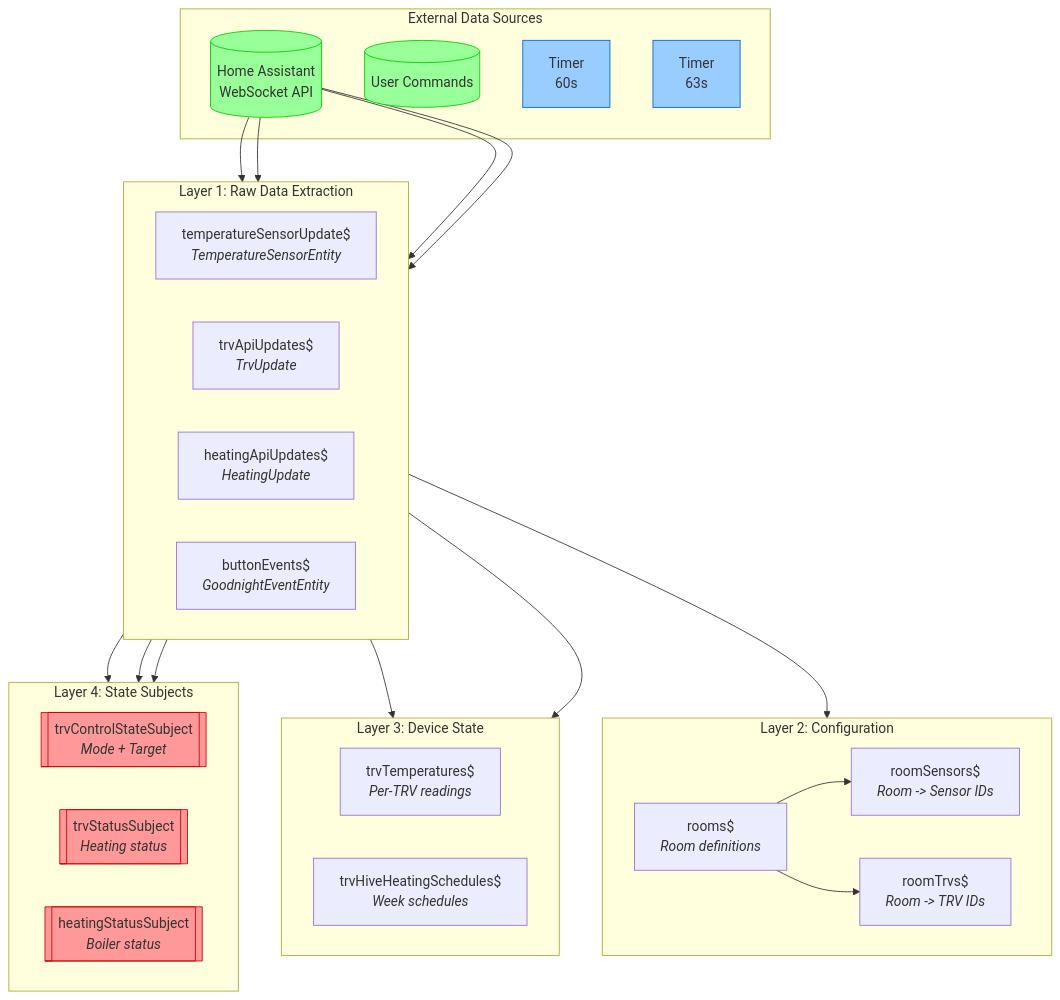
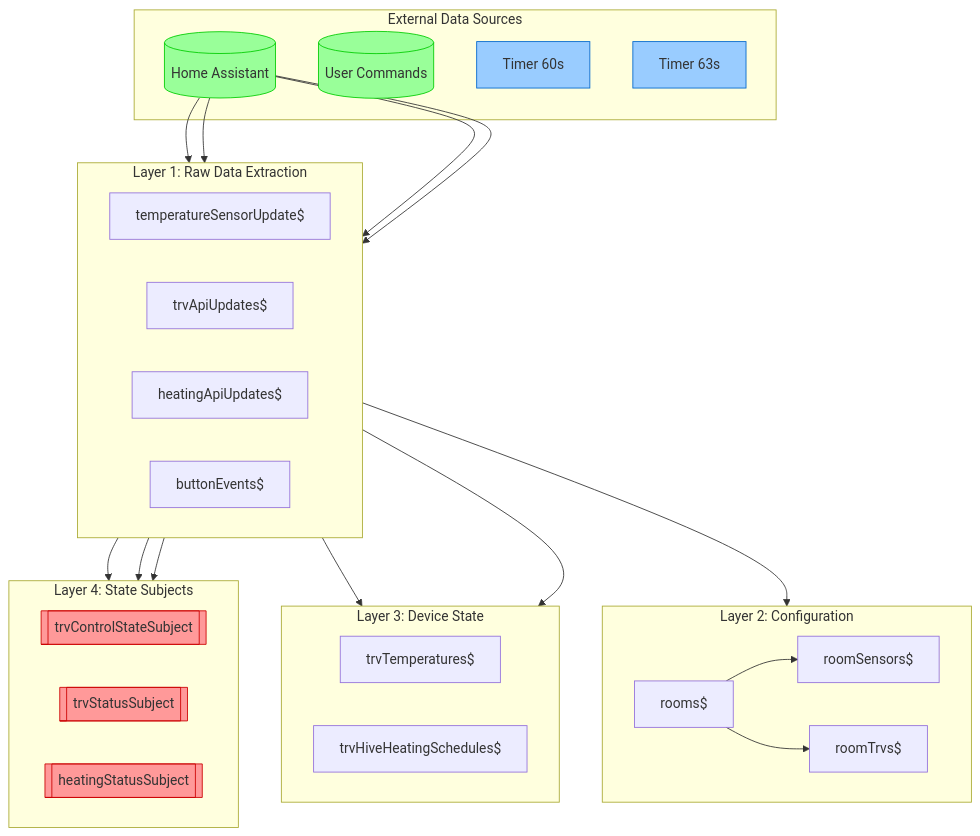
The diagram in packages/deep-heating-rx/docs/data-flow-input.md (GraemeF/home-automation), drawn with Mermaid before and after one commit. The commit also changed 4 other files, not shown here.

First line of the commit message:
fix: simplify mermaid node labels for readability

````diff
--- a/packages/deep-heating-rx/docs/data-flow-input.md
+++ b/packages/deep-heating-rx/docs/data-flow-input.md
@@ -9,68 +9,68 @@
 ```mermaid
 flowchart TB
     subgraph External["External Data Sources"]
-        HA[("Home Assistant\nWebSocket API")]
+        HA[("Home Assistant")]
         User[("User Commands")]
-        Timer60["Timer\n60s"]
-        Timer63["Timer\n63s"]
+        Timer60["Timer 60s"]
+        Timer63["Timer 63s"]
     end
 
     subgraph Layer1["Layer 1: Raw Data Extraction"]
         direction LR
-        TempSensor["temperatureSensorUpdate$\n<i>TemperatureSensorEntity</i>"]
-        TrvApi["trvApiUpdates$\n<i>TrvUpdate</i>"]
-        HeatingApi["heatingApiUpdates$\n<i>HeatingUpdate</i>"]
-        ButtonEvents["buttonEvents$\n<i>GoodnightEventEntity</i>"]
+        TempSensor["temperatureSensorUpdate$"]
+        TrvApi["trvApiUpdates$"]
+        HeatingApi["heatingApiUpdates$"]
+        ButtonEvents["buttonEvents$"]
     end
 
     subgraph Layer2["Layer 2: Configuration"]
         direction LR
-        Rooms["rooms$\n<i>Room definitions</i>"]
-        RoomSensors["roomSensors$\n<i>Room -> Sensor IDs</i>"]
-        RoomTrvs["roomTrvs$\n<i>Room -> TRV IDs</i>"]
+        Rooms["rooms$"]
+        RoomSensors["roomSensors$"]
+        RoomTrvs["roomTrvs$"]
     end
 
     subgraph Layer3["Layer 3: Device State"]
         direction LR
-        TrvTemps["trvTemperatures$\n<i>Per-TRV readings</i>"]
-        TrvSchedules["trvHiveHeatingSchedules$\n<i>Week schedules</i>"]
+        TrvTemps["trvTemperatures$"]
+        TrvSchedules["trvHiveHeatingSchedules$"]
     end
 
     subgraph Layer4["Layer 4: State Subjects"]
         direction LR
-        TrvControl[["trvControlStateSubject\n<i>Mode + Target</i>"]]
-        TrvStatus[["trvStatusSubject\n<i>Heating status</i>"]]
-        HeatingStatus[["heatingStatusSubject\n<i>Boiler status</i>"]]
+        TrvControl[["trvControlStateSubject"]]
+        TrvStatus[["trvStatusSubject"]]
+        HeatingStatus[["heatingStatusSubject"]]
     end
 
     %% External to Layer 1
     HA --> TempSensor
     HA --> TrvApi
     HA --> HeatingApi
     HA --> ButtonEvents
 
     %% Layer 1 to Layer 2
     TrvApi --> Rooms
 
     %% Layer 2 internal
     Rooms --> RoomSensors
     Rooms --> RoomTrvs
 
     %% Layer 1 to Layer 3
     TrvApi --> TrvTemps
     TrvApi --> TrvSchedules
 
     %% Layer 1 to Layer 4
     TrvApi --> TrvControl
     TrvApi --> TrvStatus
     HeatingApi --> HeatingStatus
 
     %% Styling
     classDef external fill:#99ff99,stroke:#00cc00
     classDef subject fill:#ff9999,stroke:#cc0000
     classDef timer fill:#99ccff,stroke:#0066cc
 
     class HA,User external
     class Timer60,Timer63 timer
     class TrvControl,TrvStatus,HeatingStatus subject
 ```
````
